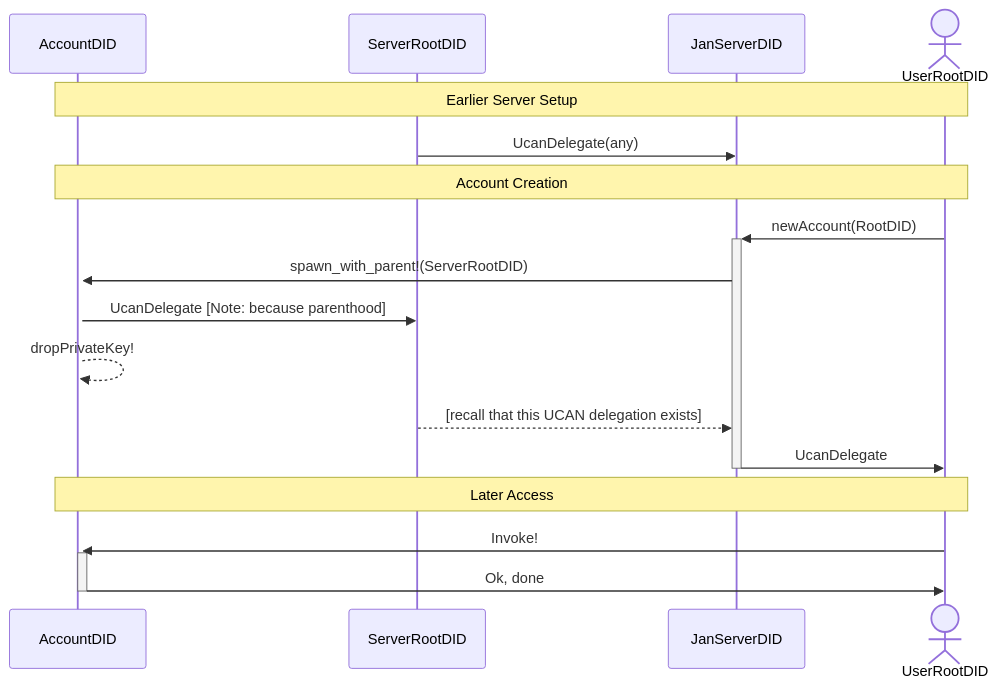
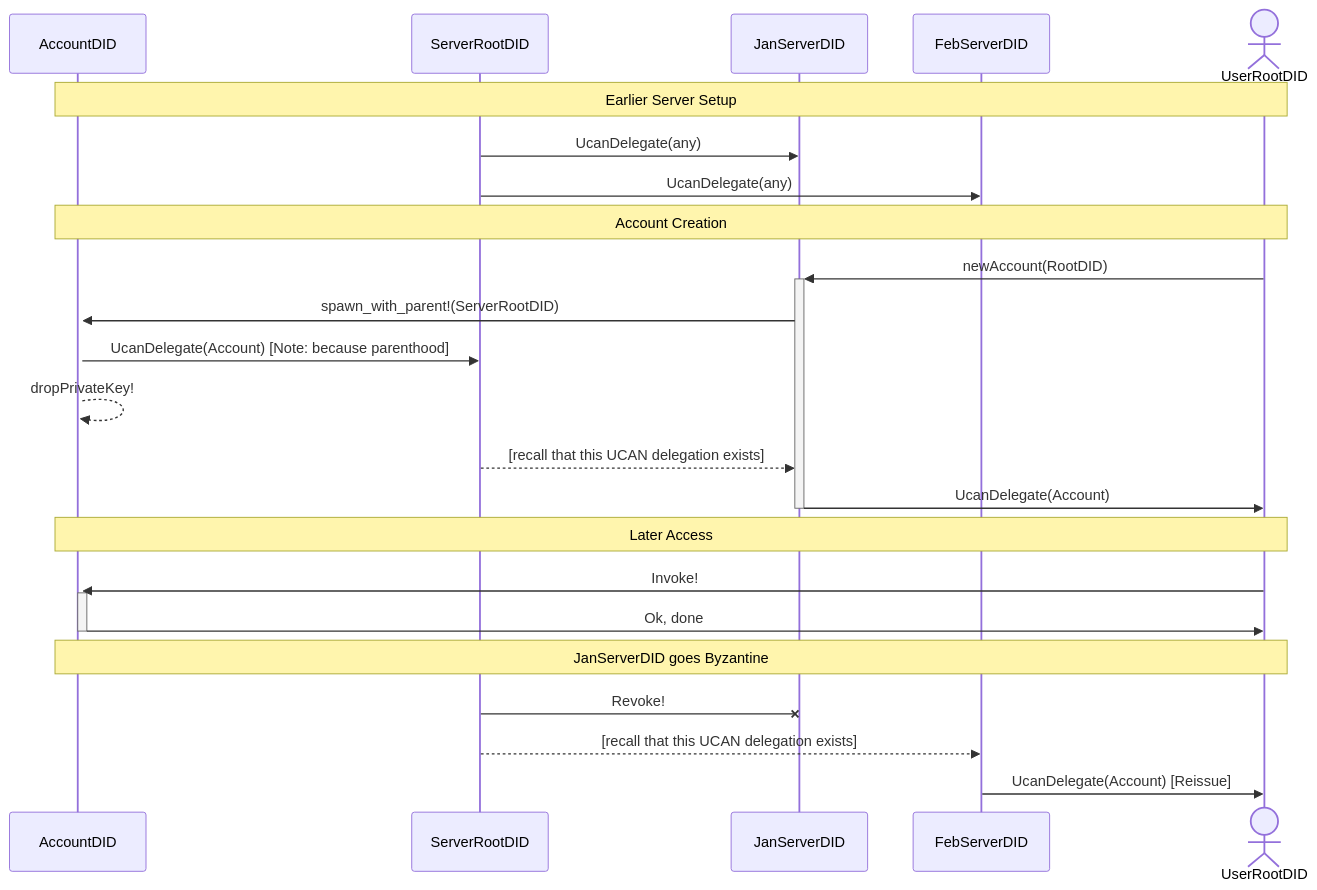
One commit to fission-codes/fission-server changed the second of 3 diagrams in design/README.md. Above: the diagram before and after it, drawn with Mermaid. The commit also changed other lines of this file, not shown here.

Commit message:
Include revocation

````diff
--- a/design/README.md
+++ b/design/README.md
@@ -81,22 +81,29 @@
 ``` mermaid
 sequenceDiagram
     participant AccountDID
     participant ServerRootDID
     participant JanServerDID
+    participant FebServerDID
     actor UserRootDID
 
     Note over AccountDID, UserRootDID: Earlier Server Setup
     ServerRootDID ->> JanServerDID: UcanDelegate(any)
+    ServerRootDID ->> FebServerDID: UcanDelegate(any)
 
     Note over AccountDID, UserRootDID: Account Creation
     UserRootDID ->>+ JanServerDID: newAccount(RootDID)
         JanServerDID ->>+ AccountDID: spawn_with_parent!(ServerRootDID)
-        AccountDID ->> ServerRootDID: UcanDelegate [Note: because parenthood]
+        AccountDID ->> ServerRootDID: UcanDelegate(Account) [Note: because parenthood]
         AccountDID -->> AccountDID: dropPrivateKey!
         ServerRootDID -->> JanServerDID: [recall that this UCAN delegation exists]
-    JanServerDID ->>- UserRootDID: UcanDelegate
+    JanServerDID ->>- UserRootDID: UcanDelegate(Account)
 
     Note over AccountDID, UserRootDID: Later Access
     UserRootDID ->>+ AccountDID: Invoke!
     AccountDID ->>- UserRootDID: Ok, done
+
+    Note over AccountDID, UserRootDID: JanServerDID goes Byzantine
+    ServerRootDID -x JanServerDID: Revoke!
+    ServerRootDID -->> FebServerDID: [recall that this UCAN delegation exists]
+    FebServerDID ->> UserRootDID: UcanDelegate(Account) [Reissue]
 ```
````
